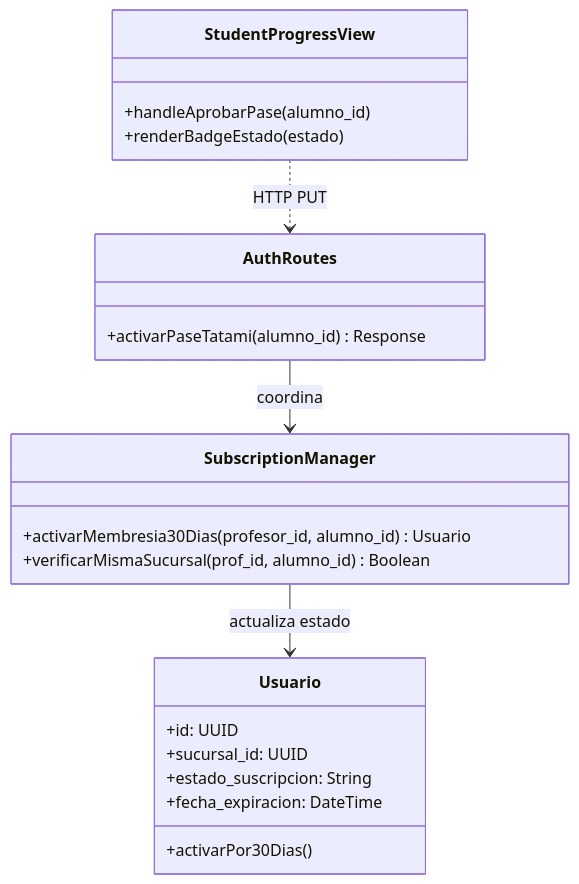
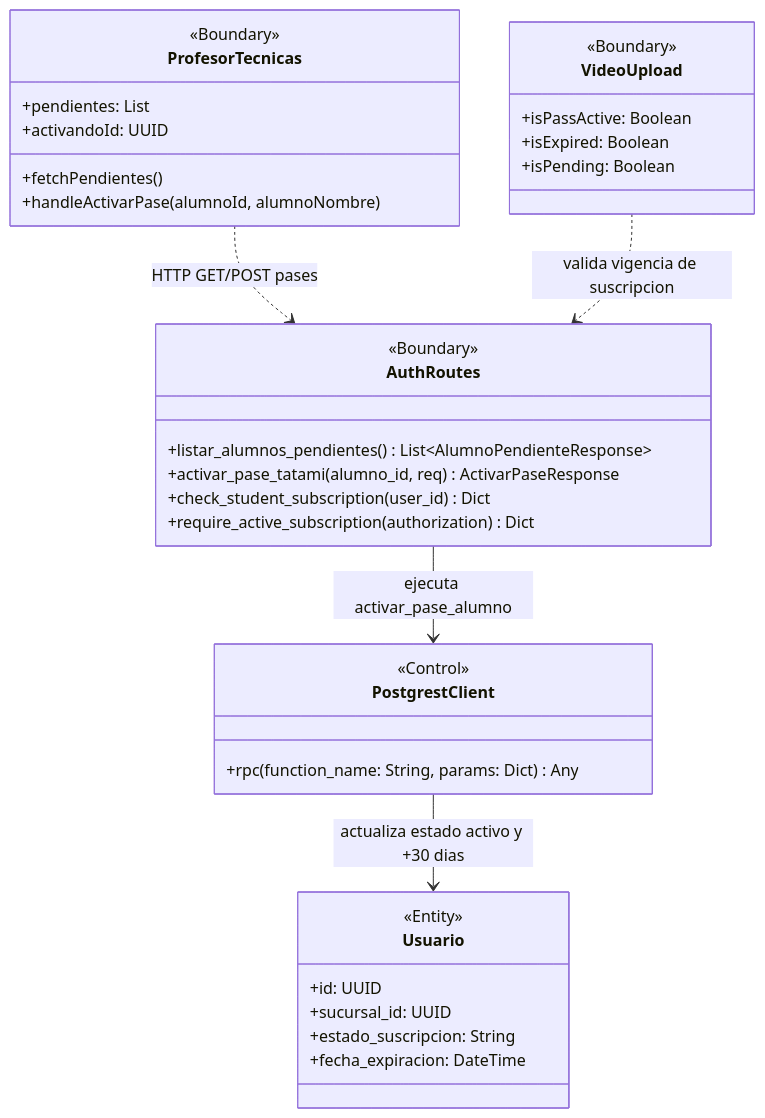
One commit to Tsmrain/JiuJitsu changed the diagram in docs/diagramas/codigo/cu08_clases.mmd. Above: the diagram before and after it, drawn with Mermaid. The commit also changed 86 other files, not shown here.

Commit message:
docs: actualizar ProyectoGrado bajo ICONIX con diagramas Mermaid, Cap IX y CV, y sincronizar cambios recientes

```diff
--- a/docs/diagramas/codigo/cu08_clases.mmd
+++ b/docs/diagramas/codigo/cu08_clases.mmd
@@ -1,26 +1,41 @@
 classDiagram
-    class StudentProgressView {
-        +handleAprobarPase(alumno_id)
-        +renderBadgeEstado(estado)
+    class ProfesorTecnicas {
+        <<Boundary>>
+        +pendientes: List
+        +activandoId: UUID
+        +fetchPendientes()
+        +handleActivarPase(alumnoId, alumnoNombre)
+    }
+
+    class VideoUpload {
+        <<Boundary>>
+        +isPassActive: Boolean
+        +isExpired: Boolean
+        +isPending: Boolean
     }
 
     class AuthRoutes {
-        +activarPaseTatami(alumno_id) Response
+        <<Boundary>>
+        +listar_alumnos_pendientes() List~AlumnoPendienteResponse~
+        +activar_pase_tatami(alumno_id, req) ActivarPaseResponse
+        +check_student_subscription(user_id) Dict
+        +require_active_subscription(authorization) Dict
     }
 
-    class SubscriptionManager {
-        +activarMembresia30Dias(profesor_id, alumno_id) Usuario
-        +verificarMismaSucursal(prof_id, alumno_id) Boolean
+    class PostgrestClient {
+        <<Control>>
+        +rpc(function_name: String, params: Dict) Any
     }
 
     class Usuario {
+        <<Entity>>
         +id: UUID
         +sucursal_id: UUID
         +estado_suscripcion: String
         +fecha_expiracion: DateTime
-        +activarPor30Dias()
     }
 
-    StudentProgressView ..> AuthRoutes : HTTP PUT
-    AuthRoutes --> SubscriptionManager : coordina
-    SubscriptionManager --> Usuario : actualiza estado
+    ProfesorTecnicas ..> AuthRoutes : HTTP GET/POST pases
+    VideoUpload ..> AuthRoutes : valida vigencia de suscripcion
+    AuthRoutes --> PostgrestClient : ejecuta activar_pase_alumno
+    PostgrestClient --> Usuario : actualiza estado activo y +30 dias
```
